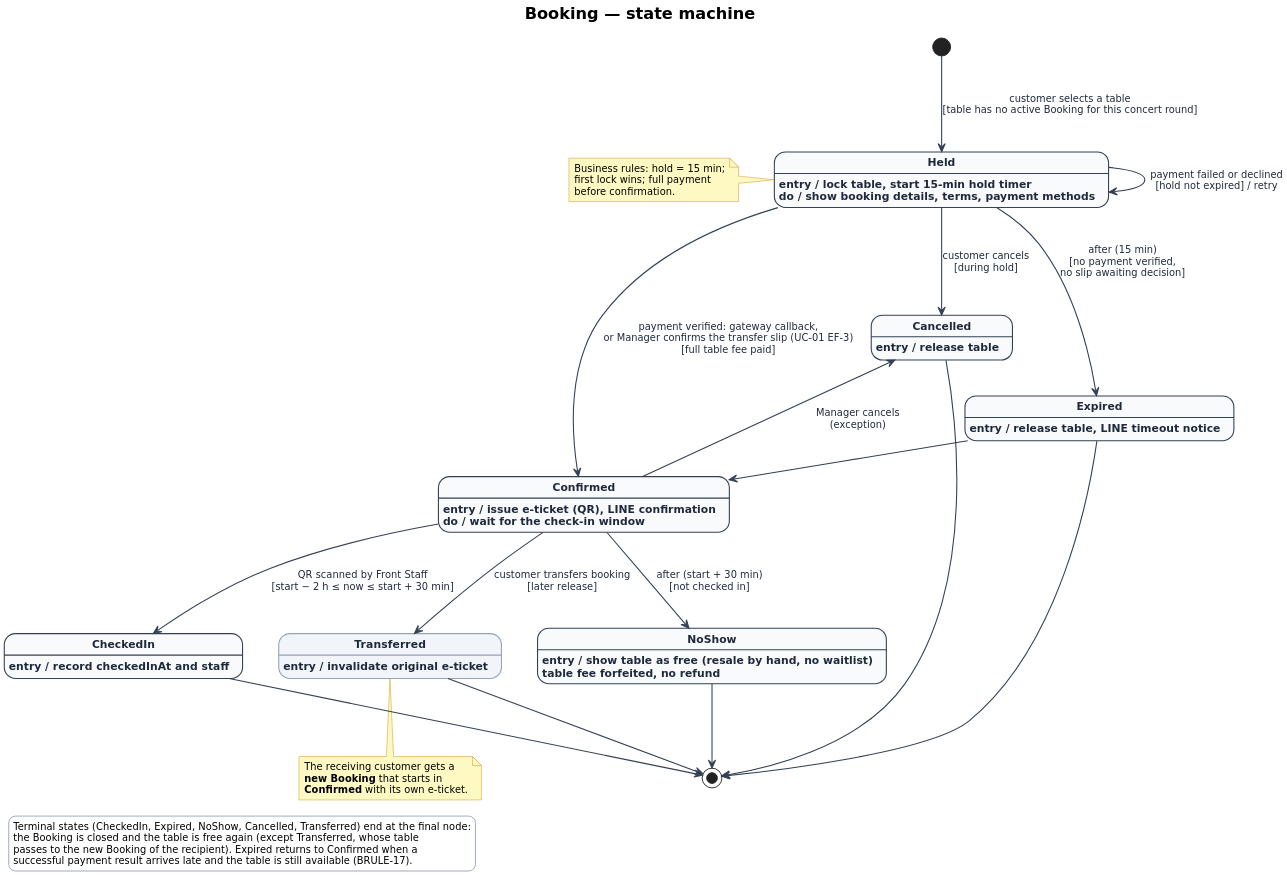
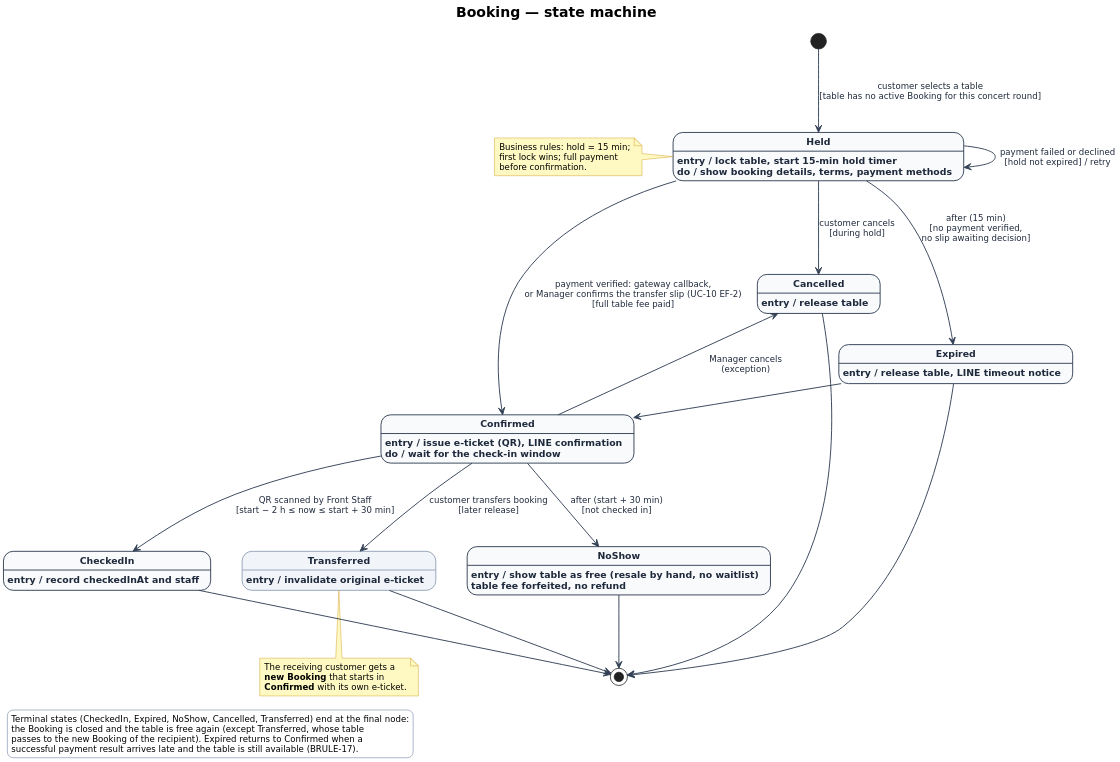
The diagram in assignments/group/workspace/report/project-document/assets/booking-states.puml (cuse-software-engineering/2110521_Software_Architecture), drawn with PlantUML before and after one commit. The commit also changed 13 other files, not shown here.

First line of the commit message:
doc v2.0 CH-50: UC-09 Maintain Customer Profile and UC-10 Pay the Full Table Fee, included by UC-01

```diff
--- a/assignments/group/workspace/report/project-document/assets/booking-states.puml
+++ b/assignments/group/workspace/report/project-document/assets/booking-states.puml
@@ -2,101 +2,101 @@
 @startuml
 title <b>Booking — state machine</b>
 
-scale 2.3
+scale 2
 skinparam shadowing false
 skinparam defaultFontName "DejaVu Sans"
 skinparam defaultFontSize 13
 skinparam titleFontSize 18
 skinparam nodesep 40
 skinparam ranksep 80
 skinparam state<<later release>> {
   BackgroundColor #F1F5F9
   BorderColor #94A3B8
 }
 skinparam state {
   BackgroundColor #F8FAFC
   BorderColor #334155
   BorderThickness 1.2
   ArrowColor #334155
   ArrowThickness 1.2
   FontSize 14
   FontStyle bold
   AttributeFontSize 12
   AttributeFontColor #1E293B
 }
 skinparam note {
   BackgroundColor #FEF9C3
   BorderColor #CA8A04
   FontSize 11
 }
 skinparam legend {
   BackgroundColor #FFFFFF
   BorderColor #94A3B8
   FontSize 11
 }
 skinparam arrowFontSize 11
 skinparam arrowFontColor #1E293B
 
 state Held
 Held : entry / lock table, start 15-min hold timer
 Held : do / show booking details, terms, payment methods
 
 state Confirmed
 Confirmed : entry / issue e-ticket (QR), LINE confirmation
 Confirmed : do / wait for the check-in window
 
 state CheckedIn
 CheckedIn : entry / record checkedInAt and staff
 
 state Expired
 Expired : entry / release table, LINE timeout notice
 
 state Cancelled
 Cancelled : entry / release table
 
 state NoShow
 NoShow : entry / show table as free (resale by hand, no waitlist)
 NoShow : table fee forfeited, no refund
 
 state Transferred <<later release>>
 Transferred : entry / invalidate original e-ticket
 
 [*] -down-> Held : customer selects a table\n[table has no active Booking for this concert round]
 
 Held -down-> Expired : after (15 min)\n[no payment verified,\nno slip awaiting decision]
-Held -down-> Confirmed : payment verified: gateway callback,\nor Manager confirms the transfer slip (UC-01 EF-3)\n[full table fee paid]
+Held -down-> Confirmed : payment verified: gateway callback,\nor Manager confirms the transfer slip (UC-10 EF-2)\n[full table fee paid]
 Held -down-> Cancelled : customer cancels\n[during hold]
 Held --> Held : payment failed or declined\n[hold not expired] / retry
 
 Confirmed -down-> CheckedIn : QR scanned by Front Staff\n[start − 2 h ≤ now ≤ start + 30 min]
 Confirmed -down-> NoShow : after (start + 30 min)\n[not checked in]
 Confirmed -down-> Transferred : customer transfers booking\n[later release]
 Confirmed -up-> Cancelled : Manager cancels\n(exception)
 Expired -[norank]-> Confirmed : late payment result (BRULE-17)\n[table still available]
 
 ' every terminal state reaches the (shared) final node: the Booking is closed
 Transferred -down-> [*]
 CheckedIn -down-> [*]
 NoShow -down-> [*]
 Expired -down-> [*]
 Cancelled -down-> [*]
 
 note left of Held
   Business rules: hold = 15 min;
   first lock wins; full payment
   before confirmation.
 end note
 
 note bottom of Transferred
   The receiving customer gets a
   <b>new Booking</b> that starts in
   <b>Confirmed</b> with its own e-ticket.
 end note
 
 legend bottom left
   Terminal states (CheckedIn, Expired, NoShow, Cancelled, Transferred) end at the final node:
   the Booking is closed and the table is free again (except Transferred, whose table
   passes to the new Booking of the recipient). Expired returns to Confirmed when a
   successful payment result arrives late and the table is still available (BRULE-17).
 endlegend
 @enduml
```
